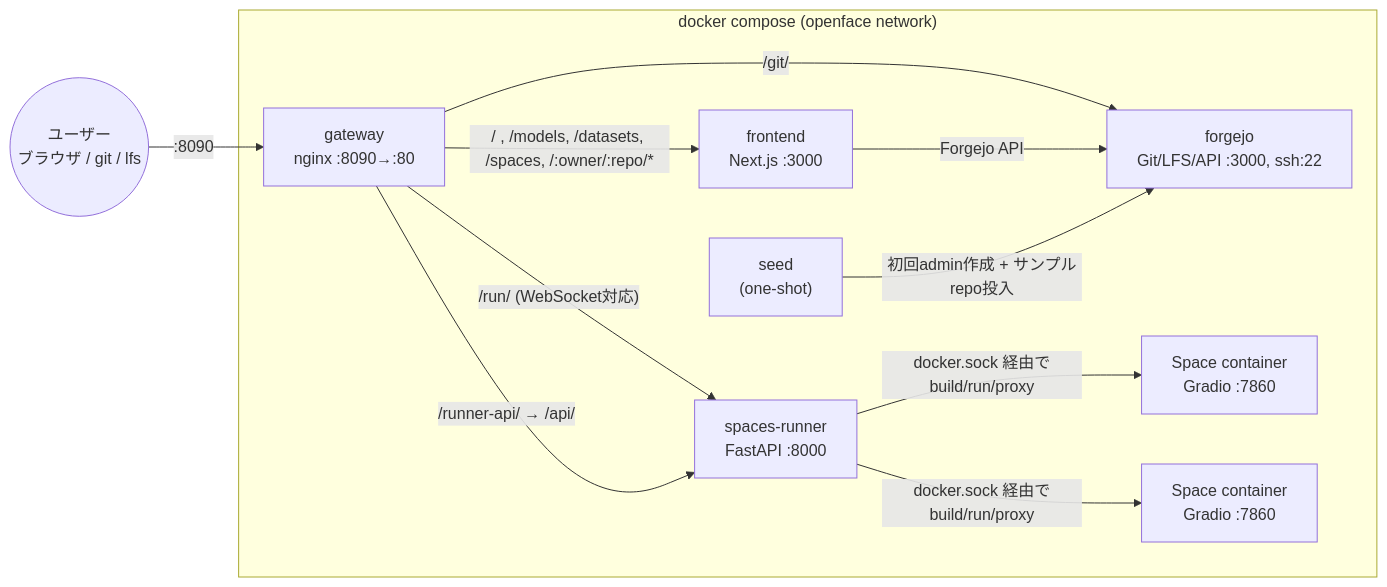
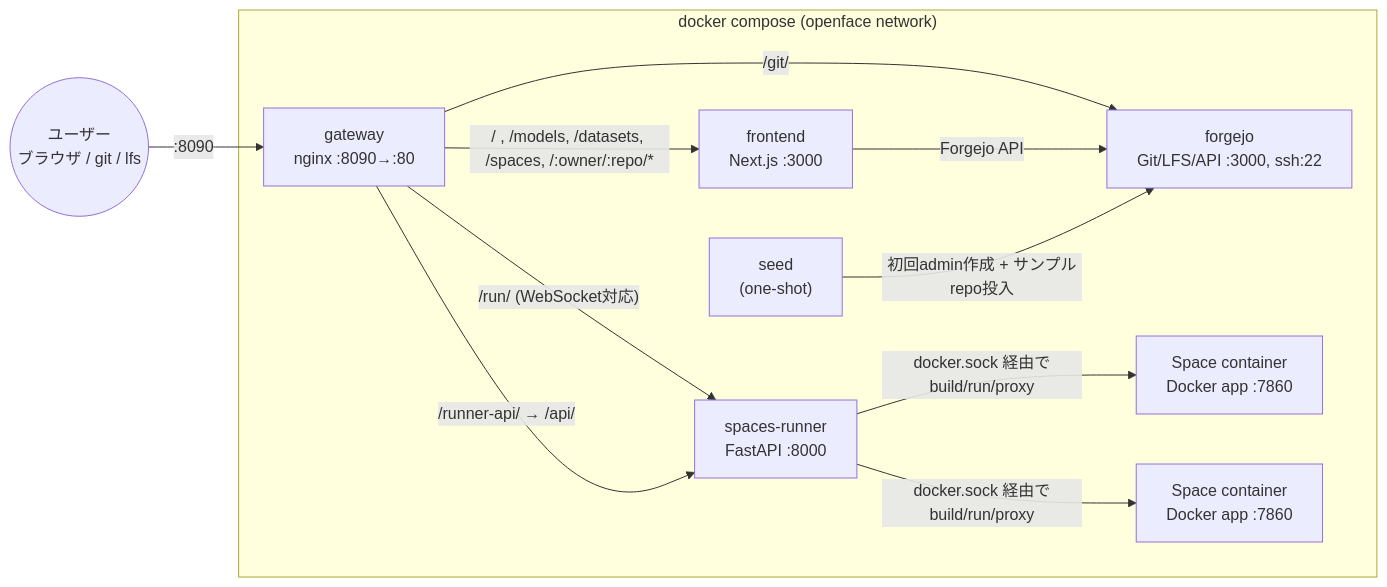
The diagram in README.md (Sunwood-ai-labs/OpenFace), drawn with Mermaid before and after one commit. The commit also changed other lines of this file and 4 other files, not shown here.

````diff
--- a/README.md
+++ b/README.md
@@ -23,25 +27,25 @@
 ```mermaid
 flowchart LR
     User((ユーザー<br/>ブラウザ / git / lfs))
 
     subgraph Docker["docker compose (openface network)"]
         Gateway["gateway<br/>nginx :8090→:80"]
         Frontend["frontend<br/>Next.js :3000"]
         Forgejo["forgejo<br/>Git/LFS/API :3000, ssh:22"]
         Runner["spaces-runner<br/>FastAPI :8000"]
         Seed["seed<br/>(one-shot)"]
-        SpaceA["Space container<br/>Gradio :7860"]
-        SpaceB["Space container<br/>Gradio :7860"]
+        SpaceA["Space container<br/>Docker app :7860"]
+        SpaceB["Space container<br/>Docker app :7860"]
 
         Gateway -- "/ , /models, /datasets, /spaces, /:owner/:repo/*" --> Frontend
         Gateway -- "/git/" --> Forgejo
         Gateway -- "/run/ (WebSocket対応)" --> Runner
         Gateway -- "/runner-api/ → /api/" --> Runner
         Frontend -- "Forgejo API" --> Forgejo
         Runner -- "docker.sock 経由でbuild/run/proxy" --> SpaceA
         Runner -- "docker.sock 経由でbuild/run/proxy" --> SpaceB
         Seed -- "初回admin作成 + サンプルrepo投入" --> Forgejo
     end
 
     User -- ":8090" --> Gateway
 ```
````
